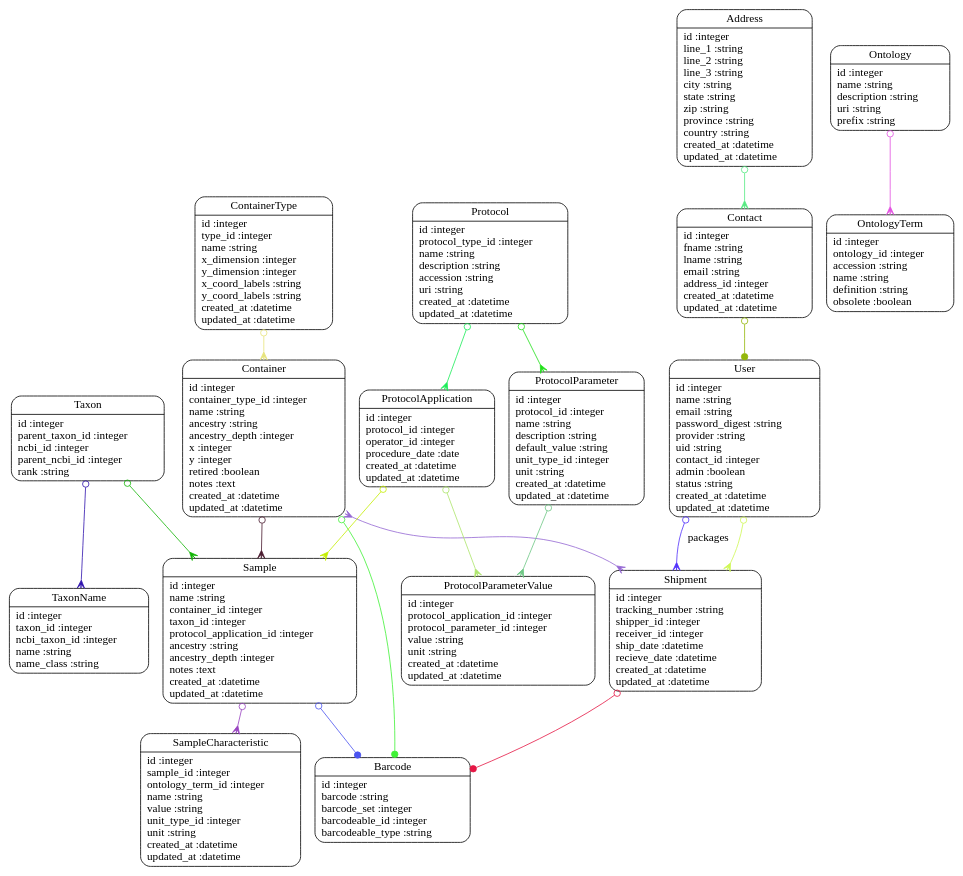
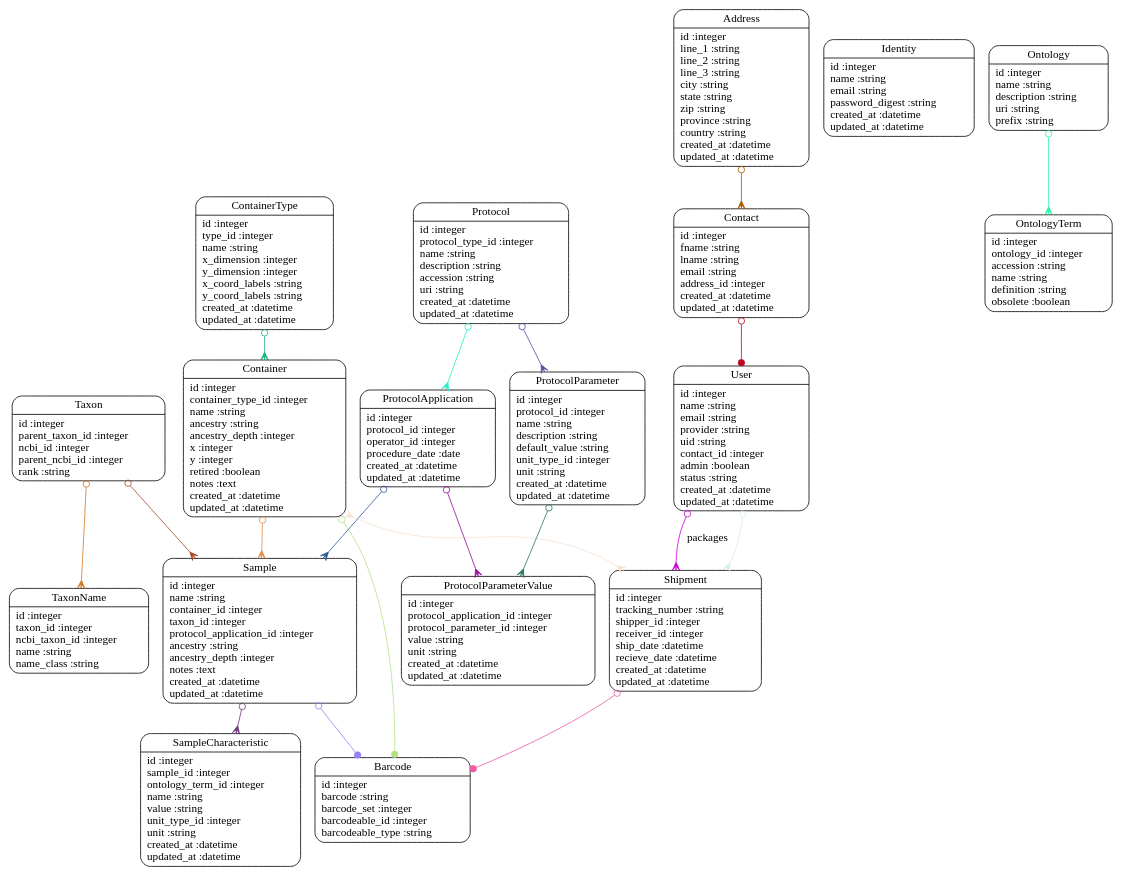
The diagram in models.dot (dimitras/collos), drawn with Graphviz before and after one commit. The commit also changed 9 other files, not shown here.

Commit message:
updated DB to move pw to identity model. models re-annotated. mostly works, need to stage a user as pending registration

```diff
--- a/models.dot
+++ b/models.dot
@@ -1,39 +1,40 @@
 digraph models_diagram {
 	graph[overlap=false, splines=true]
 	"Address" [shape=Mrecord, label="{Address|id :integer\lline_1 :string\lline_2 :string\lline_3 :string\lcity :string\lstate :string\lzip :string\lprovince :string\lcountry :string\lcreated_at :datetime\lupdated_at :datetime\l}"]
 	"Barcode" [shape=Mrecord, label="{Barcode|id :integer\lbarcode :string\lbarcode_set :integer\lbarcodeable_id :integer\lbarcodeable_type :string\l}"]
 	"Contact" [shape=Mrecord, label="{Contact|id :integer\lfname :string\llname :string\lemail :string\laddress_id :integer\lcreated_at :datetime\lupdated_at :datetime\l}"]
 	"Container" [shape=Mrecord, label="{Container|id :integer\lcontainer_type_id :integer\lname :string\lancestry :string\lancestry_depth :integer\lx :integer\ly :integer\lretired :boolean\lnotes :text\lcreated_at :datetime\lupdated_at :datetime\l}"]
 	"ContainerType" [shape=Mrecord, label="{ContainerType|id :integer\ltype_id :integer\lname :string\lx_dimension :integer\ly_dimension :integer\lx_coord_labels :string\ly_coord_labels :string\lcreated_at :datetime\lupdated_at :datetime\l}"]
+	"Identity" [shape=Mrecord, label="{Identity|id :integer\lname :string\lemail :string\lpassword_digest :string\lcreated_at :datetime\lupdated_at :datetime\l}"]
 	"Ontology" [shape=Mrecord, label="{Ontology|id :integer\lname :string\ldescription :string\luri :string\lprefix :string\l}"]
 	"OntologyTerm" [shape=Mrecord, label="{OntologyTerm|id :integer\lontology_id :integer\laccession :string\lname :string\ldefinition :string\lobsolete :boolean\l}"]
 	"Protocol" [shape=Mrecord, label="{Protocol|id :integer\lprotocol_type_id :integer\lname :string\ldescription :string\laccession :string\luri :string\lcreated_at :datetime\lupdated_at :datetime\l}"]
 	"ProtocolApplication" [shape=Mrecord, label="{ProtocolApplication|id :integer\lprotocol_id :integer\loperator_id :integer\lprocedure_date :date\lcreated_at :datetime\lupdated_at :datetime\l}"]
 	"ProtocolParameter" [shape=Mrecord, label="{ProtocolParameter|id :integer\lprotocol_id :integer\lname :string\ldescription :string\ldefault_value :string\lunit_type_id :integer\lunit :string\lcreated_at :datetime\lupdated_at :datetime\l}"]
 	"ProtocolParameterValue" [shape=Mrecord, label="{ProtocolParameterValue|id :integer\lprotocol_application_id :integer\lprotocol_parameter_id :integer\lvalue :string\lunit :string\lcreated_at :datetime\lupdated_at :datetime\l}"]
 	"Sample" [shape=Mrecord, label="{Sample|id :integer\lname :string\lcontainer_id :integer\ltaxon_id :integer\lprotocol_application_id :integer\lancestry :string\lancestry_depth :integer\lnotes :text\lcreated_at :datetime\lupdated_at :datetime\l}"]
 	"SampleCharacteristic" [shape=Mrecord, label="{SampleCharacteristic|id :integer\lsample_id :integer\lontology_term_id :integer\lname :string\lvalue :string\lunit_type_id :integer\lunit :string\lcreated_at :datetime\lupdated_at :datetime\l}"]
 	"Shipment" [shape=Mrecord, label="{Shipment|id :integer\ltracking_number :string\lshipper_id :integer\lreceiver_id :integer\lship_date :datetime\lrecieve_date :datetime\lcreated_at :datetime\lupdated_at :datetime\l}"]
 	"Taxon" [shape=Mrecord, label="{Taxon|id :integer\lparent_taxon_id :integer\lncbi_id :integer\lparent_ncbi_id :integer\lrank :string\l}"]
 	"TaxonName" [shape=Mrecord, label="{TaxonName|id :integer\ltaxon_id :integer\lncbi_taxon_id :integer\lname :string\lname_class :string\l}"]
-	"User" [shape=Mrecord, label="{User|id :integer\lname :string\lemail :string\lpassword_digest :string\lprovider :string\luid :string\lcontact_id :integer\ladmin :boolean\lstatus :string\lcreated_at :datetime\lupdated_at :datetime\l}"]
-	"Address" -> "Contact" [arrowtail=odot, arrowhead=crow, dir=both color="#56EA82"]
-	"Contact" -> "User" [arrowtail=odot, arrowhead=dot, dir=both color="#93B70A"]
-	"Container" -> "Sample" [arrowtail=odot, arrowhead=crow, dir=both color="#4B1C30"]
-	"Container" -> "Barcode" [arrowtail=odot, arrowhead=dot, dir=both color="#40F236"]
-	"Container" -> "Shipment" [arrowtail=crow, arrowhead=crow, dir=both color="#9567D4"]
-	"ContainerType" -> "Container" [arrowtail=odot, arrowhead=crow, dir=both color="#E7E47B"]
-	"Ontology" -> "OntologyTerm" [arrowtail=odot, arrowhead=crow, dir=both color="#E352E1"]
-	"Protocol" -> "ProtocolApplication" [arrowtail=odot, arrowhead=crow, dir=both color="#1BED58"]
-	"Protocol" -> "ProtocolParameter" [arrowtail=odot, arrowhead=crow, dir=both color="#20E019"]
-	"ProtocolApplication" -> "Sample" [arrowtail=odot, arrowhead=crow, dir=both color="#C4EE01"]
-	"ProtocolApplication" -> "ProtocolParameterValue" [arrowtail=odot, arrowhead=crow, dir=both color="#ACE56A"]
-	"ProtocolParameter" -> "ProtocolParameterValue" [arrowtail=odot, arrowhead=crow, dir=both color="#6EC785"]
-	"Sample" -> "Barcode" [arrowtail=odot, arrowhead=dot, dir=both color="#4B54F0"]
-	"Sample" -> "SampleCharacteristic" [arrowtail=odot, arrowhead=crow, dir=both color="#9843C1"]
-	"Shipment" -> "Barcode" [arrowtail=odot, arrowhead=dot, dir=both color="#E51745"]
-	"Taxon" -> "Sample" [arrowtail=odot, arrowhead=crow, dir=both color="#12B506"]
-	"Taxon" -> "TaxonName" [arrowtail=odot, arrowhead=crow, dir=both color="#3013AE"]
-	"User" -> "Shipment" [arrowtail=odot, arrowhead=crow, dir=both color="#CFF854"]
-	"User" -> "Shipment" [label="packages", arrowtail=odot, arrowhead=crow, dir=both color="#5231FC"]
+	"User" [shape=Mrecord, label="{User|id :integer\lname :string\lemail :string\lprovider :string\luid :string\lcontact_id :integer\ladmin :boolean\lstatus :string\lcreated_at :datetime\lupdated_at :datetime\l}"]
+	"Address" -> "Contact" [arrowtail=odot, arrowhead=crow, dir=both color="#AA5701"]
+	"Contact" -> "User" [arrowtail=odot, arrowhead=dot, dir=both color="#BD0921"]
+	"Container" -> "Sample" [arrowtail=odot, arrowhead=crow, dir=both color="#E38D4B"]
+	"Container" -> "Barcode" [arrowtail=odot, arrowhead=dot, dir=both color="#B4E186"]
+	"Container" -> "Shipment" [arrowtail=crow, arrowhead=crow, dir=both color="#F5E4D3"]
+	"ContainerType" -> "Container" [arrowtail=odot, arrowhead=crow, dir=both color="#1CAF81"]
+	"Ontology" -> "OntologyTerm" [arrowtail=odot, arrowhead=crow, dir=both color="#2CF3A6"]
+	"Protocol" -> "ProtocolApplication" [arrowtail=odot, arrowhead=crow, dir=both color="#28EFC6"]
+	"Protocol" -> "ProtocolParameter" [arrowtail=odot, arrowhead=crow, dir=both color="#6446A4"]
+	"ProtocolApplication" -> "Sample" [arrowtail=odot, arrowhead=crow, dir=both color="#2B5A98"]
+	"ProtocolApplication" -> "ProtocolParameterValue" [arrowtail=odot, arrowhead=crow, dir=both color="#970B9E"]
+	"ProtocolParameter" -> "ProtocolParameterValue" [arrowtail=odot, arrowhead=crow, dir=both color="#277762"]
+	"Sample" -> "Barcode" [arrowtail=odot, arrowhead=dot, dir=both color="#9580FA"]
+	"Sample" -> "SampleCharacteristic" [arrowtail=odot, arrowhead=crow, dir=both color="#70377B"]
+	"Shipment" -> "Barcode" [arrowtail=odot, arrowhead=dot, dir=both color="#EE5AA4"]
+	"Taxon" -> "Sample" [arrowtail=odot, arrowhead=crow, dir=both color="#AA4626"]
+	"Taxon" -> "TaxonName" [arrowtail=odot, arrowhead=crow, dir=both color="#D47820"]
+	"User" -> "Shipment" [arrowtail=odot, arrowhead=crow, dir=both color="#D6EFE8"]
+	"User" -> "Shipment" [label="packages", arrowtail=odot, arrowhead=crow, dir=both color="#C901D5"]
 }
```
